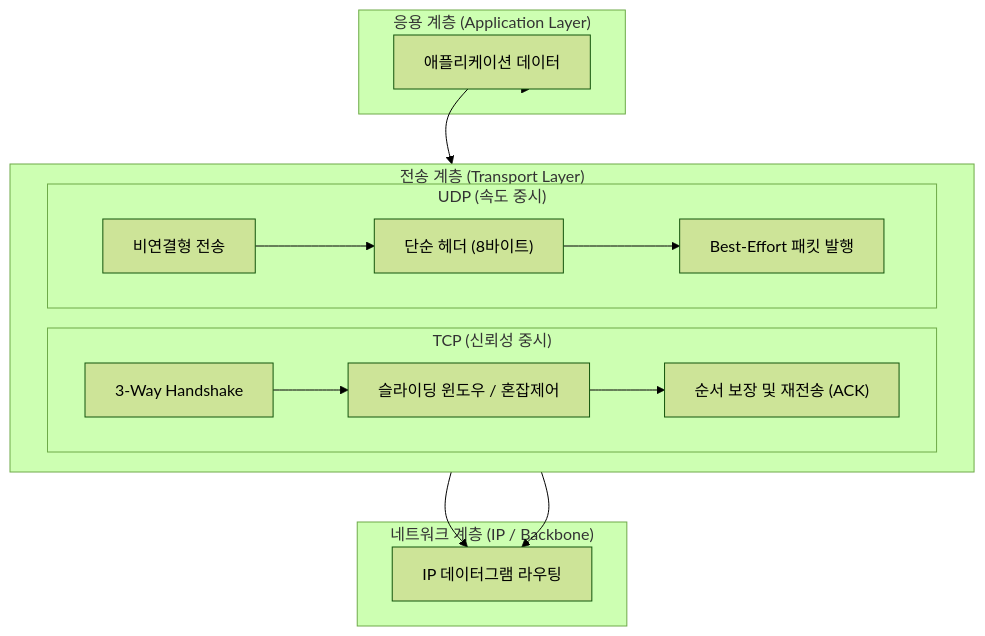
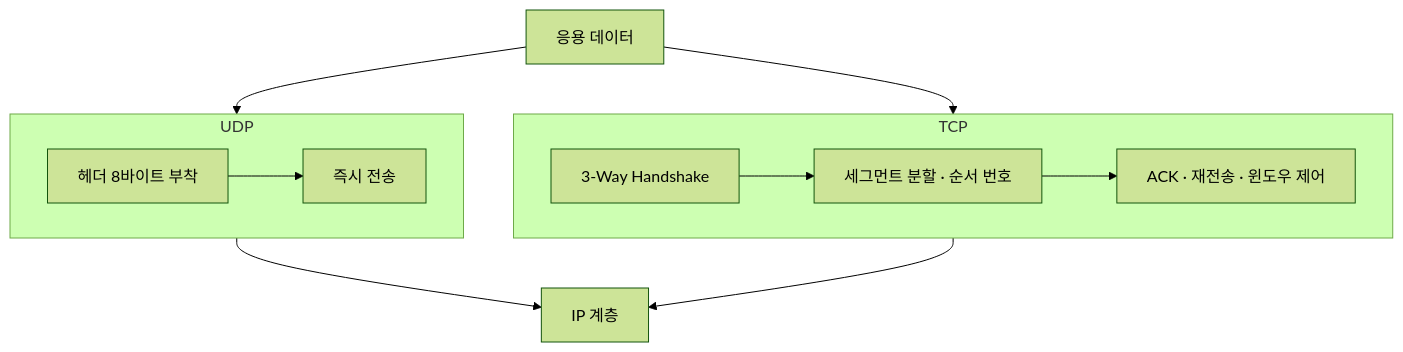
The diagram in content/01_IT Tech/TCP 와 UDP 비교.md (supremethumb/supremethumb.github.io), drawn with Mermaid (forest theme) before and after one commit. The commit also changed other lines of this file and 1087 other files, not shown here.

````diff
--- a/content/01_IT Tech/TCP 와 UDP 비교.md
+++ b/content/01_IT Tech/TCP 와 UDP 비교.md
@@ -23,29 +36,16 @@
 ```mermaid
 flowchart TB
-    subgraph App["응용 계층 (Application Layer)"]
-        DATA["애플리케이션 데이터"]
+    DATA["응용 데이터"]
+    subgraph TCPP["TCP"]
+        direction LR
+        T1["3-Way Handshake"] --> T2["세그먼트 분할 · 순서 번호"] --> T3["ACK · 재전송 · 윈도우 제어"]
     end
-
-    subgraph L4["전송 계층 (Transport Layer)"]
+    subgraph UDPP["UDP"]
         direction LR
-        subgraph TCP_Path["TCP (신뢰성 중시)"]
-            T1["3-Way Handshake"] --> T2["슬라이딩 윈도우 / 혼잡제어"]
-            T2 --> T3["순서 보장 및 재전송 (ACK)"]
-        end
-        subgraph UDP_Path["UDP (속도 중시)"]
-            U1["비연결형 전송"] --> U2["단순 헤더 (8바이트)"]
-            U2 --> U3["Best-Effort 패킷 발행"]
-        end
+        U1["헤더 8바이트 부착"] --> U2["즉시 전송"]
     end
-
-    DATA --> TCP_Path
-    DATA --> UDP_Path
-
-    subgraph Network["네트워크 계층 (IP / Backbone)"]
-        NET["IP 데이터그램 라우팅"]
-    end
-
-    T3 --> NET
-    U3 --> NET
-
+    DATA --> T1
+    DATA --> U1
+    T3 --> NET["IP 계층"]
+    U2 --> NET
 ```
````
